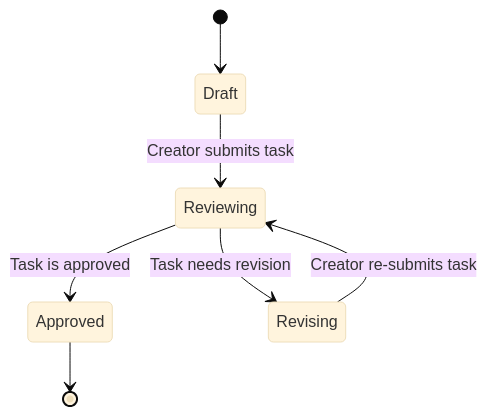
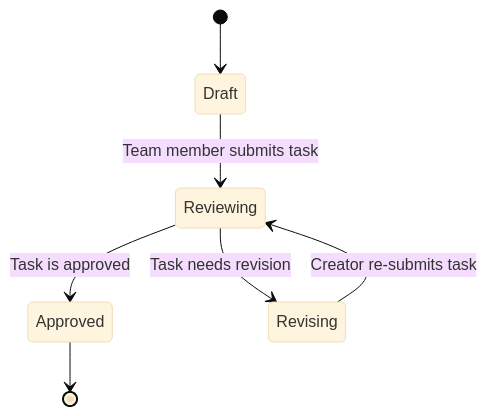
The diagram in shared/src/defined/hr-task.md (peatiscoding/cadence), drawn with Mermaid (base theme) before and after one commit. The commit also changed other lines of this file, not shown here.

First line of the commit message:
docs(hr-task): refine hr task workflow documentation

````diff
--- a/shared/src/defined/hr-task.md
+++ b/shared/src/defined/hr-task.md
@@ -15,11 +15,11 @@
 ```mermaid
 stateDiagram-v2
     [*] --> Draft
 
-    Draft --> Reviewing: Creator submits task
+    Draft --> Reviewing: Team member submits task
     Reviewing --> Approved: Task is approved
     Reviewing --> Revising: Task needs revision
     Revising --> Reviewing: Creator re-submits task
 
     Approved --> [*]
 ```
````
